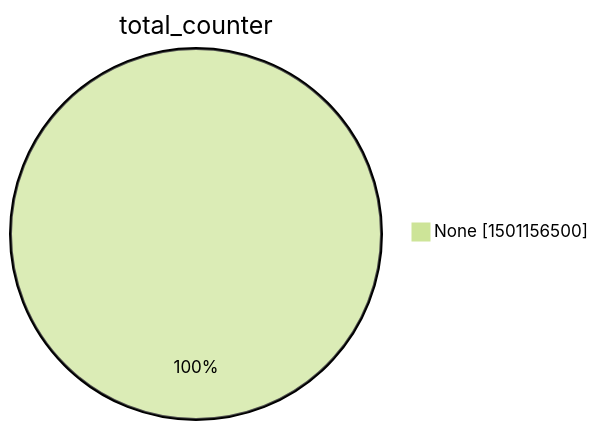
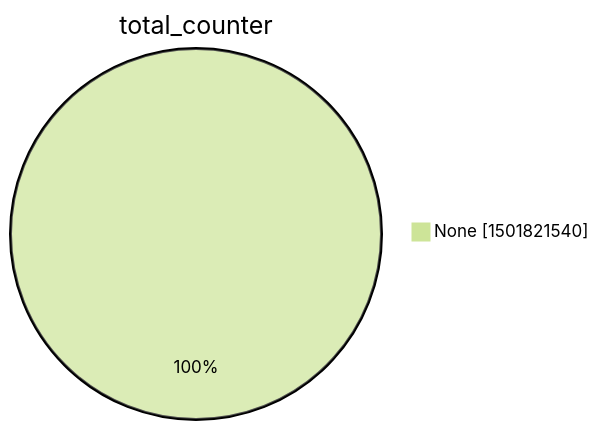
The second of 15 diagrams in argon2022/README.md (christiankrug/ctmonitor_visualization), drawn with Mermaid (forest theme) before and after one commit. The commit also changed other lines of this file, not shown here.

````diff
--- a/argon2022/README.md
+++ b/argon2022/README.md
@@ -9,5 +9,5 @@
 ```mermaid
 pie showData
 title total_counter
-"None" :1501156500
+"None" :1501821540
 ```
````
